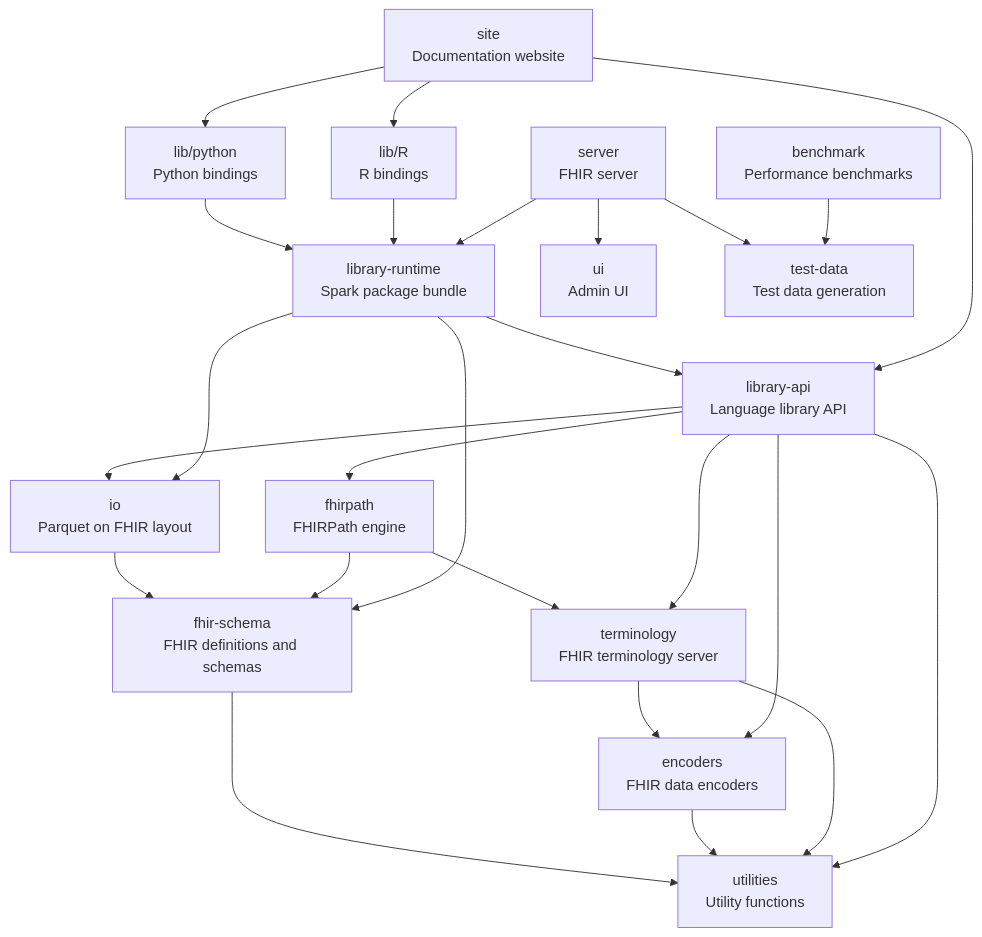
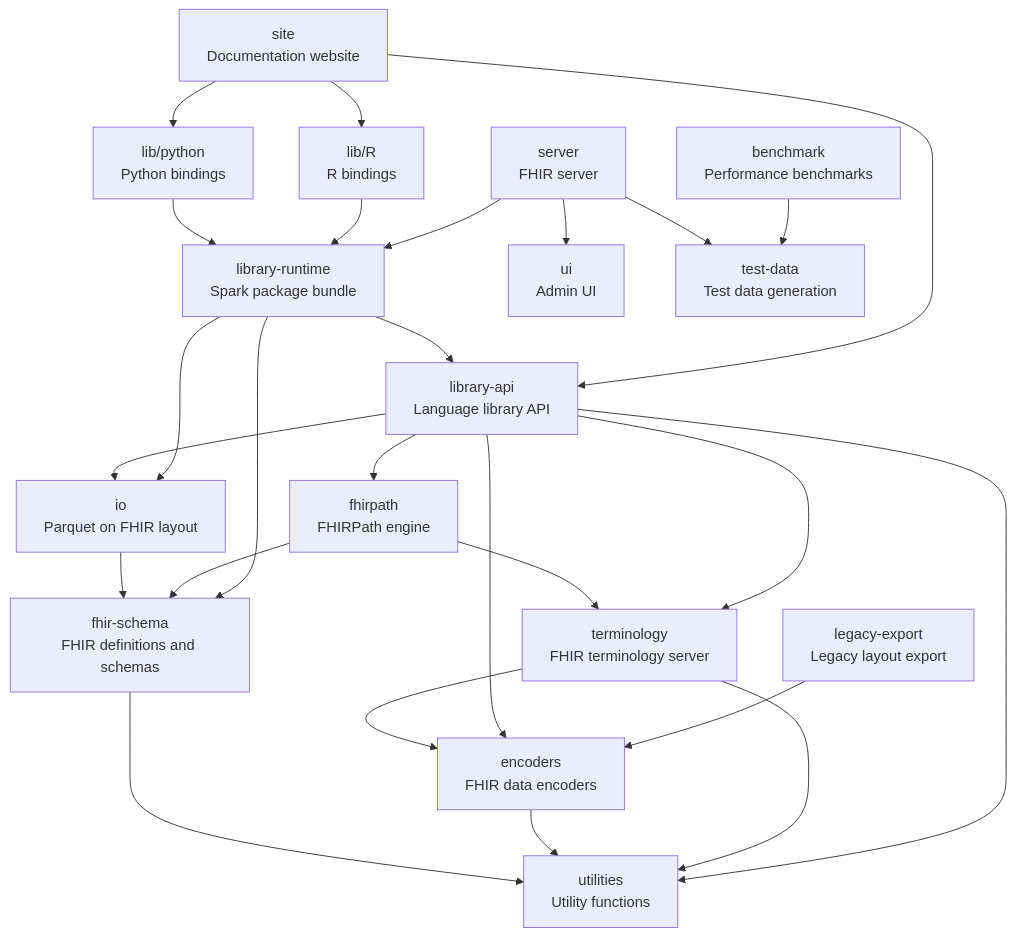
Before and after one commit to aehrc/pathling: the diagram in CONTRIBUTING.md, drawn with Mermaid. The commit also changed other lines of this file and 30 other files, not shown here.

First line of the commit message:
feat: Export legacy-layout tables to FHIR NDJSON for re-import

````diff
--- a/CONTRIBUTING.md
+++ b/CONTRIBUTING.md
@@ -55,43 +59,45 @@
 ```mermaid
 graph TD
     utilities[utilities<br/>Utility functions]
     fhir-schema[fhir-schema<br/>FHIR definitions and schemas]
     encoders[encoders<br/>FHIR data encoders]
     io[io<br/>Parquet on FHIR layout]
     terminology[terminology<br/>FHIR terminology server]
     fhirpath[fhirpath<br/>FHIRPath engine]
     library-api[library-api<br/>Language library API]
     library-runtime[library-runtime<br/>Spark package bundle]
     python[lib/python<br/>Python bindings]
     r[lib/R<br/>R bindings]
     site[site<br/>Documentation website]
     benchmark[benchmark<br/>Performance benchmarks]
+    legacy-export[legacy-export<br/>Legacy layout export]
     server[server<br/>FHIR server]
     ui[ui<br/>Admin UI]
     test-data[test-data<br/>Test data generation]
 
     fhir-schema --> utilities
     encoders --> utilities
     io --> fhir-schema
     terminology --> utilities
     terminology --> encoders
     fhirpath --> terminology
     fhirpath --> fhir-schema
     library-api --> utilities
     library-api --> encoders
     library-api --> terminology
     library-api --> fhirpath
     library-api --> io
     library-runtime --> library-api
     library-runtime --> fhir-schema
     library-runtime --> io
     python --> library-runtime
     r --> library-runtime
     server --> library-runtime
     server --> test-data
     server --> ui
     site --> library-api
     site --> python
     site --> r
     benchmark --> test-data
+    legacy-export --> encoders
 ```
````
